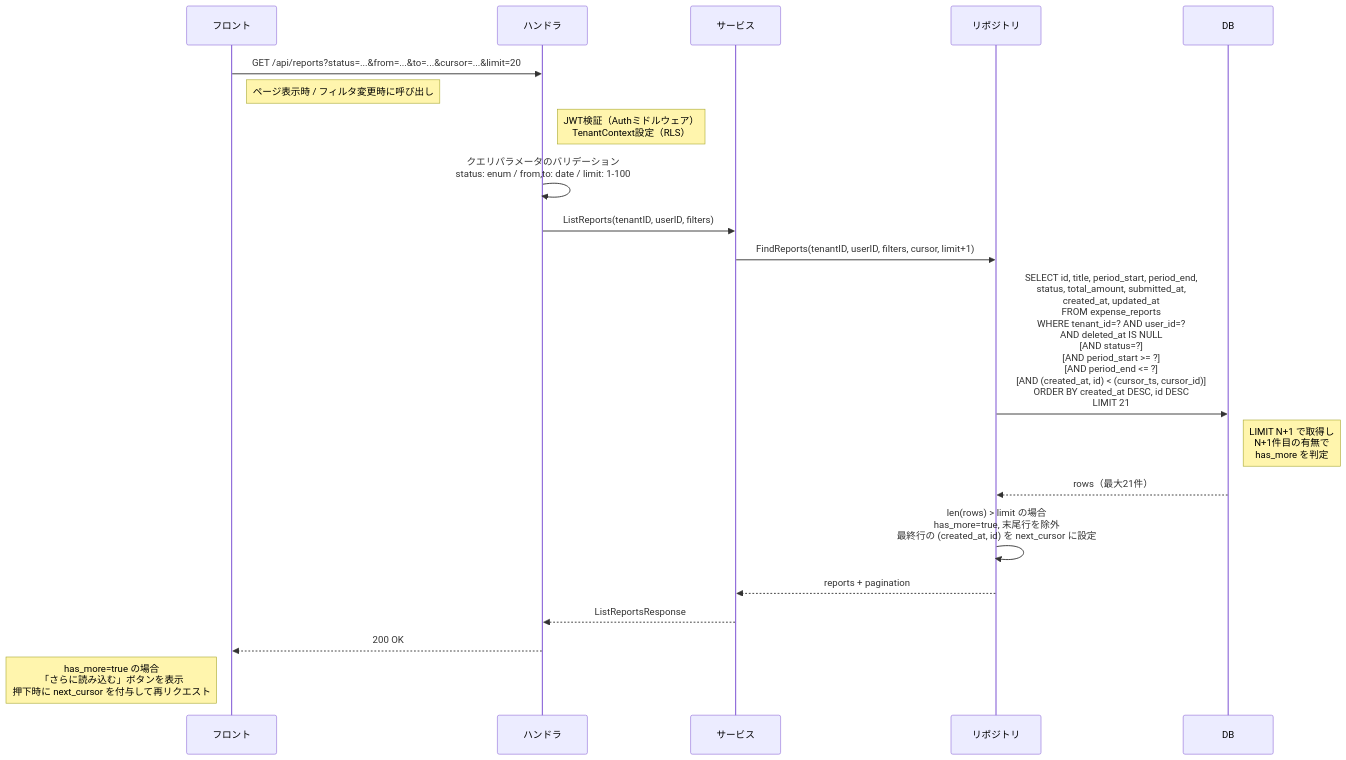
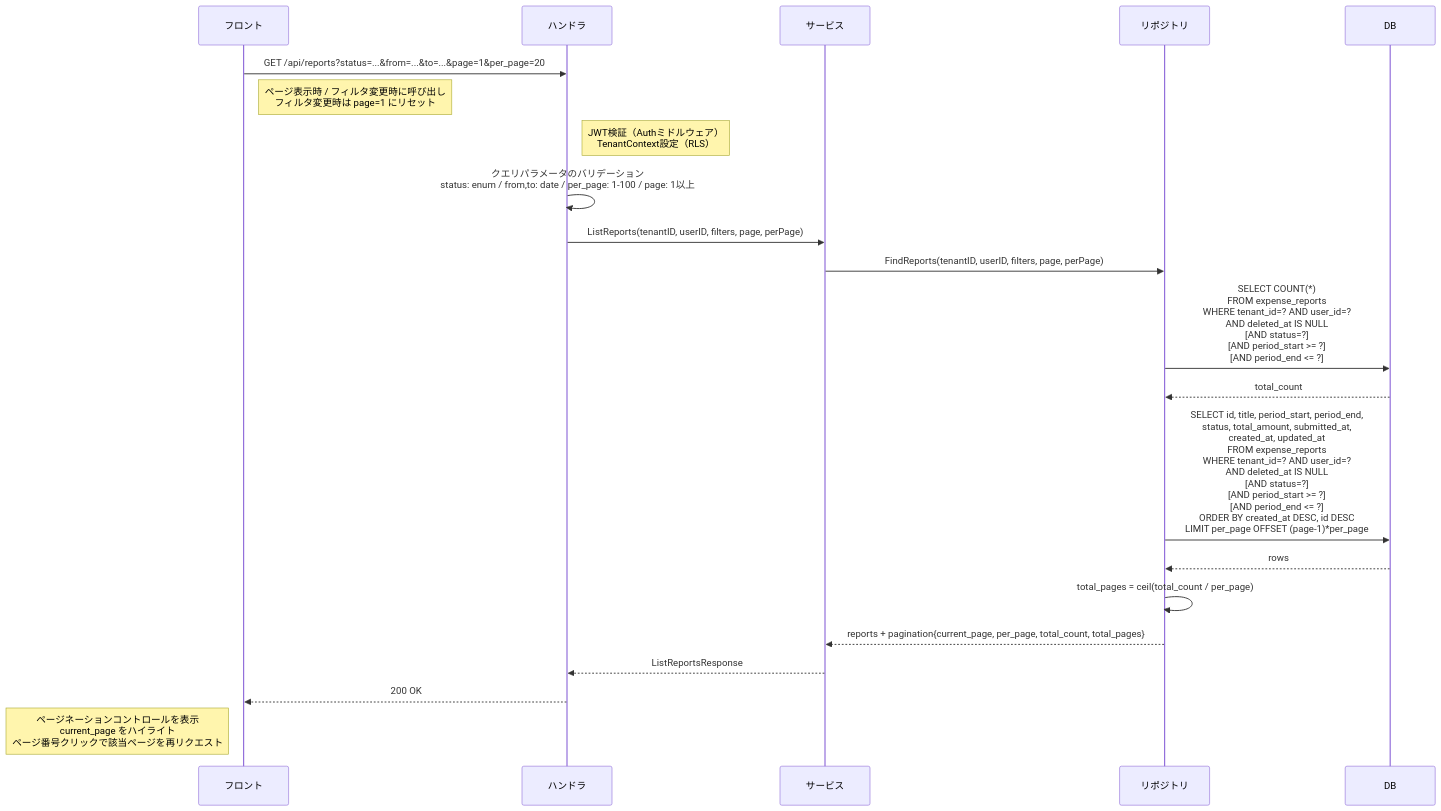
One commit to atsuro128/dev-journal changed the diagram in deliverables/docs/50_detail_design/screens/report-list.md. Above: the diagram before and after it, drawn with Mermaid. The commit also changed other lines of this file and 14 other files, not shown here.

````diff
--- a/deliverables/docs/50_detail_design/screens/report-list.md
+++ b/deliverables/docs/50_detail_design/screens/report-list.md
@@ -226,23 +230,24 @@
 ```mermaid
 sequenceDiagram
     participant F as フロント
     participant H as ハンドラ
     participant S as サービス
     participant R as リポジトリ
     participant DB as DB
 
-    F->>H: GET /api/reports?status=...&from=...&to=...&cursor=...&limit=20
-    Note right of F: ページ表示時 / フィルタ変更時に呼び出し
+    F->>H: GET /api/reports?status=...&from=...&to=...&page=1&per_page=20
+    Note right of F: ページ表示時 / フィルタ変更時に呼び出し<br/>フィルタ変更時は page=1 にリセット
     Note right of H: JWT検証（Authミドルウェア）<br/>TenantContext設定（RLS）
-    H->>H: クエリパラメータのバリデーション<br/>status: enum / from,to: date / limit: 1-100
-    H->>S: ListReports(tenantID, userID, filters)
-    S->>R: FindReports(tenantID, userID, filters, cursor, limit+1)
-    R->>DB: SELECT id, title, period_start, period_end,<br/>status, total_amount, submitted_at,<br/>created_at, updated_at<br/>FROM expense_reports<br/>WHERE tenant_id=? AND user_id=?<br/>AND deleted_at IS NULL<br/>[AND status=?]<br/>[AND period_start >= ?]<br/>[AND period_end <= ?]<br/>[AND (created_at, id) < (cursor_ts, cursor_id)]<br/>ORDER BY created_at DESC, id DESC<br/>LIMIT 21
-    Note right of DB: LIMIT N+1 で取得し<br/>N+1件目の有無で<br/>has_more を判定
-    DB-->>R: rows（最大21件）
-    R->>R: len(rows) > limit の場合<br/>has_more=true, 末尾行を除外<br/>最終行の (created_at, id) を next_cursor に設定
-    R-->>S: reports + pagination
+    H->>H: クエリパラメータのバリデーション<br/>status: enum / from,to: date / per_page: 1-100 / page: 1以上
+    H->>S: ListReports(tenantID, userID, filters, page, perPage)
+    S->>R: FindReports(tenantID, userID, filters, page, perPage)
+    R->>DB: SELECT COUNT(*)<br/>FROM expense_reports<br/>WHERE tenant_id=? AND user_id=?<br/>AND deleted_at IS NULL<br/>[AND status=?]<br/>[AND period_start >= ?]<br/>[AND period_end <= ?]
+    DB-->>R: total_count
+    R->>DB: SELECT id, title, period_start, period_end,<br/>status, total_amount, submitted_at,<br/>created_at, updated_at<br/>FROM expense_reports<br/>WHERE tenant_id=? AND user_id=?<br/>AND deleted_at IS NULL<br/>[AND status=?]<br/>[AND period_start >= ?]<br/>[AND period_end <= ?]<br/>ORDER BY created_at DESC, id DESC<br/>LIMIT per_page OFFSET (page-1)*per_page
+    DB-->>R: rows
+    R->>R: total_pages = ceil(total_count / per_page)
+    R-->>S: reports + pagination{current_page, per_page, total_count, total_pages}
     S-->>H: ListReportsResponse
     H-->>F: 200 OK
-    Note left of F: has_more=true の場合<br/>「さらに読み込む」ボタンを表示<br/>押下時に next_cursor を付与して再リクエスト
+    Note left of F: ページネーションコントロールを表示<br/>current_page をハイライト<br/>ページ番号クリックで該当ページを再リクエスト
 ```
````
